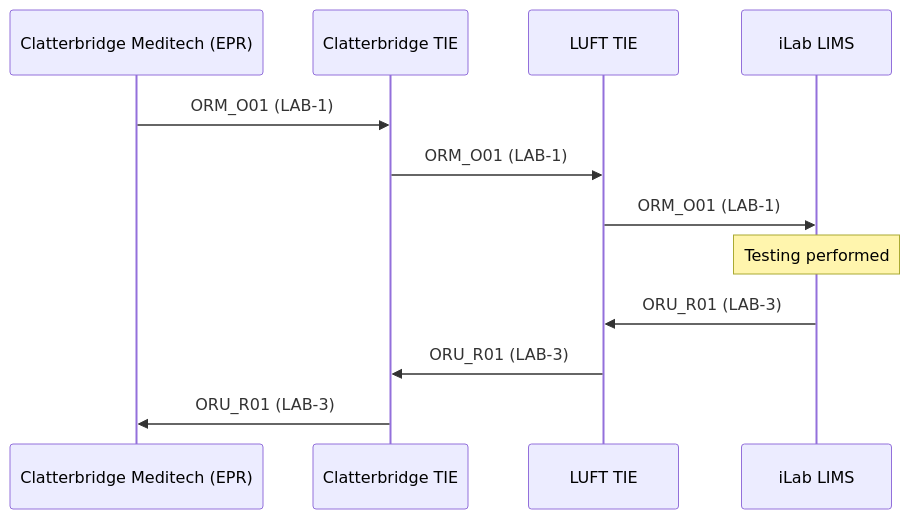
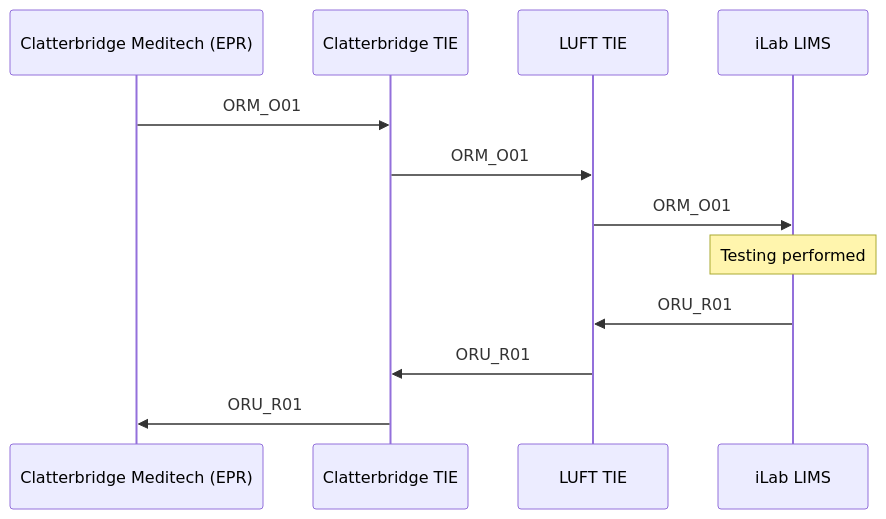
One commit to nw-gmsa/nw-gmsa.github.com changed the first of 4 diagrams in input/pagecontent/HistocompatibilityAndImmunogenetics.md. Above: the diagram before and after it, drawn with Mermaid. The commit also changed other lines of this file, not shown here.

Commit message:
relaxed constraint on PractitionerIdentifier.fsh

````diff
--- a/input/pagecontent/HistocompatibilityAndImmunogenetics.md
+++ b/input/pagecontent/HistocompatibilityAndImmunogenetics.md
@@ -12,15 +12,15 @@
 ```mermaid
 sequenceDiagram
     participant CM as Clatterbridge Meditech (EPR)
     participant CTIE as Clatterbridge TIE
     participant LTIE as LUFT TIE
     participant iLab as iLab LIMS
 
-    CM->>CTIE: ORM_O01 (LAB-1)
-    CTIE->>LTIE: ORM_O01 (LAB-1)
-    LTIE->>iLab: ORM_O01 (LAB-1)
+     CM->>CTIE: ORM_O01
+    CTIE->>LTIE: ORM_O01
+    LTIE->>iLab: ORM_O01
     Note over iLab: Testing performed
-    iLab->>LTIE: ORU_R01 (LAB-3)
-    LTIE->>CTIE: ORU_R01 (LAB-3)
-    CTIE->>CM: ORU_R01 (LAB-3)
+    iLab->>LTIE: ORU_R01
+    LTIE->>CTIE: ORU_R01
+    CTIE->>CM: ORU_R01
 ```
````
